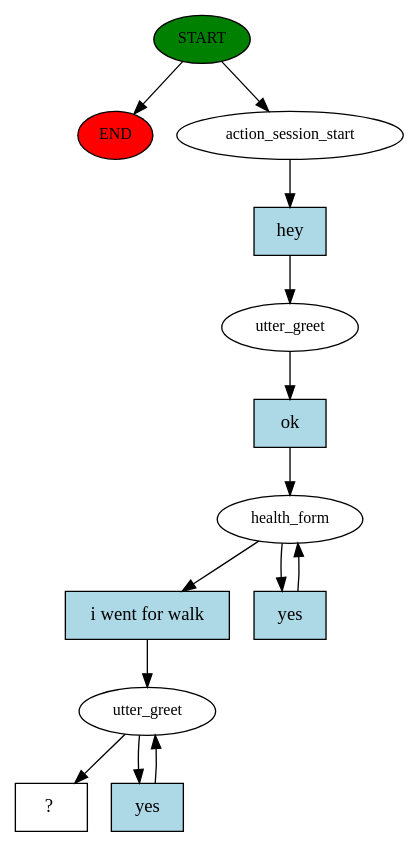
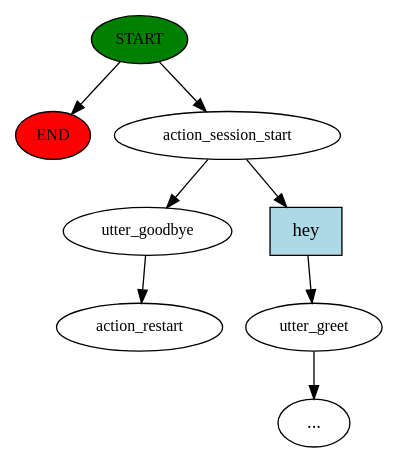
The diagram in backend/story_graph.dot (kmanadkat/rasa-wellness-bot), drawn with Graphviz before and after one commit. The commit also changed 3 other files, not shown here.

Commit message:
Happy flow & sad flow is complete - Validation pending

```diff
--- a/backend/story_graph.dot
+++ b/backend/story_graph.dot
@@ -1,27 +1,17 @@
 digraph  {
 0 [class="start active", fillcolor=green, fontsize=12, label=START, style=filled];
 "-1" [class=end, fillcolor=red, fontsize=12, label=END, style=filled];
 1 [class=active, fontsize=12, label=action_session_start];
-2 [class=active, fontsize=12, label=utter_greet];
-3 [class=active, fontsize=12, label=health_form];
-5 [class=active, fontsize=12, label=utter_greet];
-7 [class="intent dashed active", label="  ?  ", shape=rect];
-8 [class="intent active", fillcolor=lightblue, label=hey, shape=rect, style=filled];
-9 [class="intent active", fillcolor=lightblue, label=ok, shape=rect, style=filled];
-10 [class="intent active", fillcolor=lightblue, label="i went for walk", shape=rect, style=filled];
-11 [class="intent active", fillcolor=lightblue, label=yes, shape=rect, style=filled];
-12 [class="intent active", fillcolor=lightblue, label=yes, shape=rect, style=filled];
+2 [class="", fontsize=12, label=utter_greet];
+"-3" [class=ellipsis, label="..."];
+4 [class=active, fontsize=12, label=utter_goodbye];
+5 [class="dashed active", fontsize=12, label=action_restart];
+27 [class=intent, fillcolor=lightblue, label=hey, shape=rect, style=filled];
 0 -> "-1"  [class="", key=NONE, label=""];
 0 -> 1  [class=active, key=NONE, label=""];
-1 -> 8  [class=active, key=0];
-2 -> 9  [class=active, key=0];
-3 -> 10  [class=active, key=0];
-3 -> 11  [class=active, key=0];
-5 -> 7  [class=active, key=NONE, label=""];
-5 -> 12  [class=active, key=0];
-8 -> 2  [class=active, key=0];
-9 -> 3  [class=active, key=0];
-10 -> 5  [class=active, key=0];
-11 -> 3  [class=active, key=0];
-12 -> 5  [class=active, key=0];
+1 -> 4  [class=active, key=NONE, label=""];
+1 -> 27  [class="", key=0];
+2 -> "-3"  [class="", key=NONE, label=""];
+4 -> 5  [class=active, key=NONE, label=""];
+27 -> 2  [class="", key=0];
 }
```
